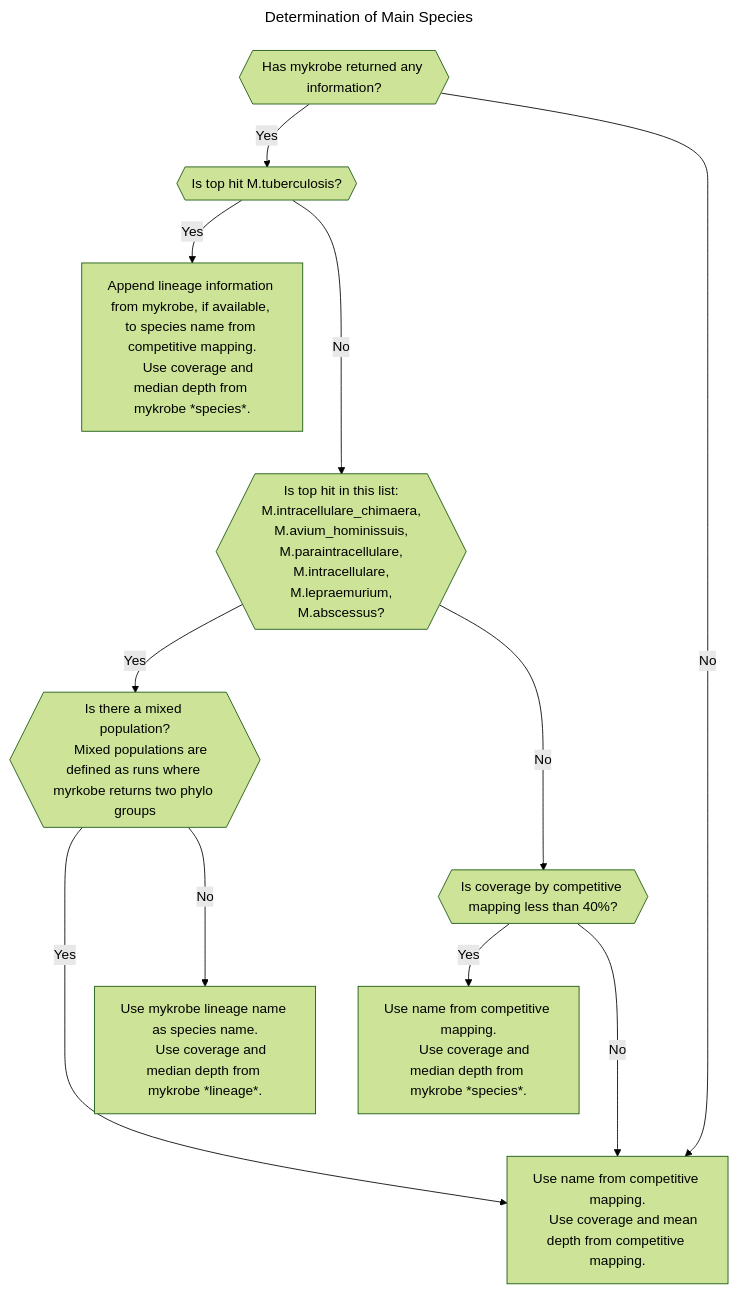
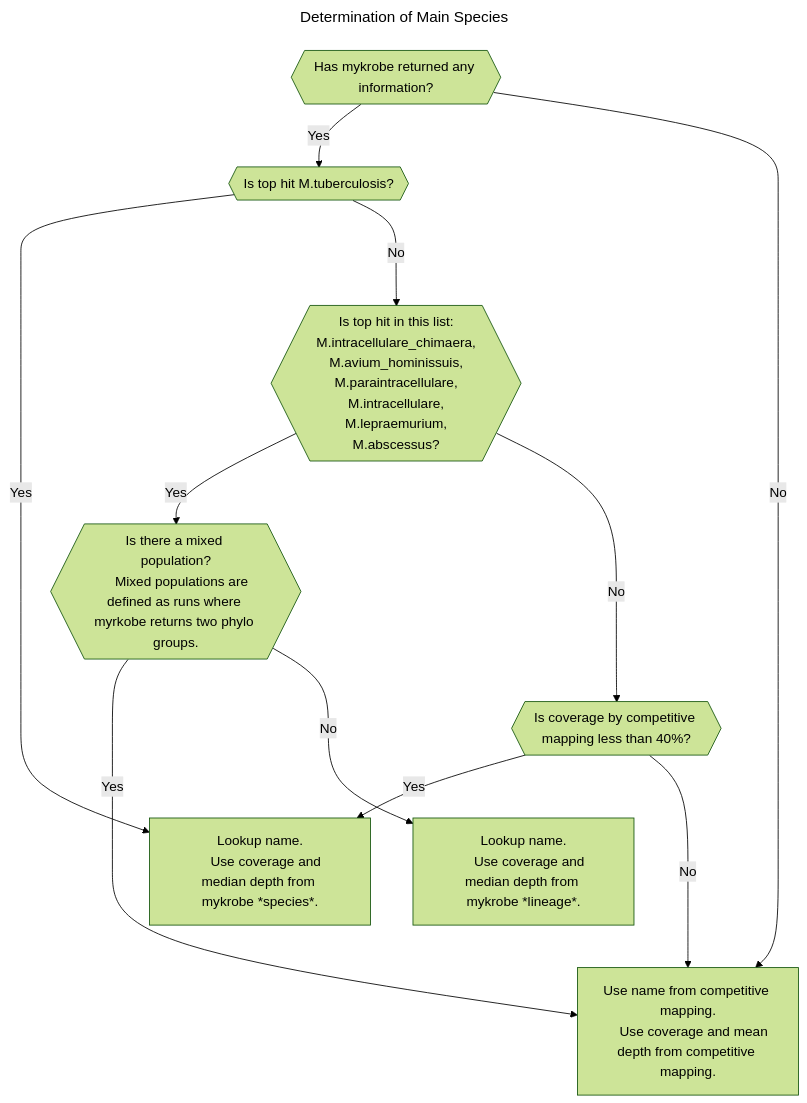
Before and after one commit to softwaremmm/summary_pipeline: the diagram in speciation.md, drawn with Mermaid (forest theme). The commit also changed other lines of this file and 2 other files, not shown here.

Commit message:
docs: Add initial speciation text and graphics

````diff
--- a/speciation.md
+++ b/speciation.md
@@ -1,49 +21,46 @@
 ```mermaid
 ---
 title: Determination of Main Species
 ---
 graph TD
     MYKROBE_RETURN{{Has mykrobe returned any information?}}
 
     ALL_CM[Use name from competitive mapping.
     Use coverage and mean depth from competitive mapping.]
 
     TOPHIT_TB{{Is top hit <it>M.tuberculosis</it>?}}
 
-    PROCESS_TB[Append lineage information from mykrobe, if available, to species name from competitive mapping.
+    MYKROBE_SPECIES[Lookup name.
     Use coverage and median depth from mykrobe *species*.]
 
     TOPHIT_SPECIAL_NTM{{Is top hit in this list:
     M.intracellulare_chimaera,
     M.avium_hominissuis,
     M.paraintracellulare,
     M.intracellulare,
     M.lepraemurium,
     M.abscessus?}}
 
     MIXED{{Is there a mixed population?
-    Mixed populations are defined as runs where myrkobe returns two phylo groups}}
+    Mixed populations are defined as runs where myrkobe returns two phylo groups.}}
 
-    PROCESS_SPECIAL_NTM_UNMIXED[Use mykrobe lineage name as species name.
+    PROCESS_SPECIAL_NTM_UNMIXED[Lookup name.
     Use coverage and median depth from mykrobe *lineage*.]
 
     LOW_COV{{Is coverage by competitive mapping less than 40%?}}
 
-    PROCESS_LOW_COV[Use name from competitive mapping.
-    Use coverage and median depth from mykrobe *species*.]
-
     MYKROBE_RETURN--Yes-->TOPHIT_TB
     MYKROBE_RETURN--Noo-->ALL_CM
 
-    TOPHIT_TB--Yes-->PROCESS_TB
+    TOPHIT_TB--Yes-->MYKROBE_SPECIES
     TOPHIT_TB--Noo-->TOPHIT_SPECIAL_NTM
 
     TOPHIT_SPECIAL_NTM--Yes-->MIXED
     MIXED--Yes-->ALL_CM
     MIXED--Noo-->PROCESS_SPECIAL_NTM_UNMIXED
     TOPHIT_SPECIAL_NTM--Noo-->LOW_COV
 
-    LOW_COV--Yes-->PROCESS_LOW_COV
+    LOW_COV--Yes-->MYKROBE_SPECIES
     LOW_COV--Noo-->ALL_CM
 
 ```
````
